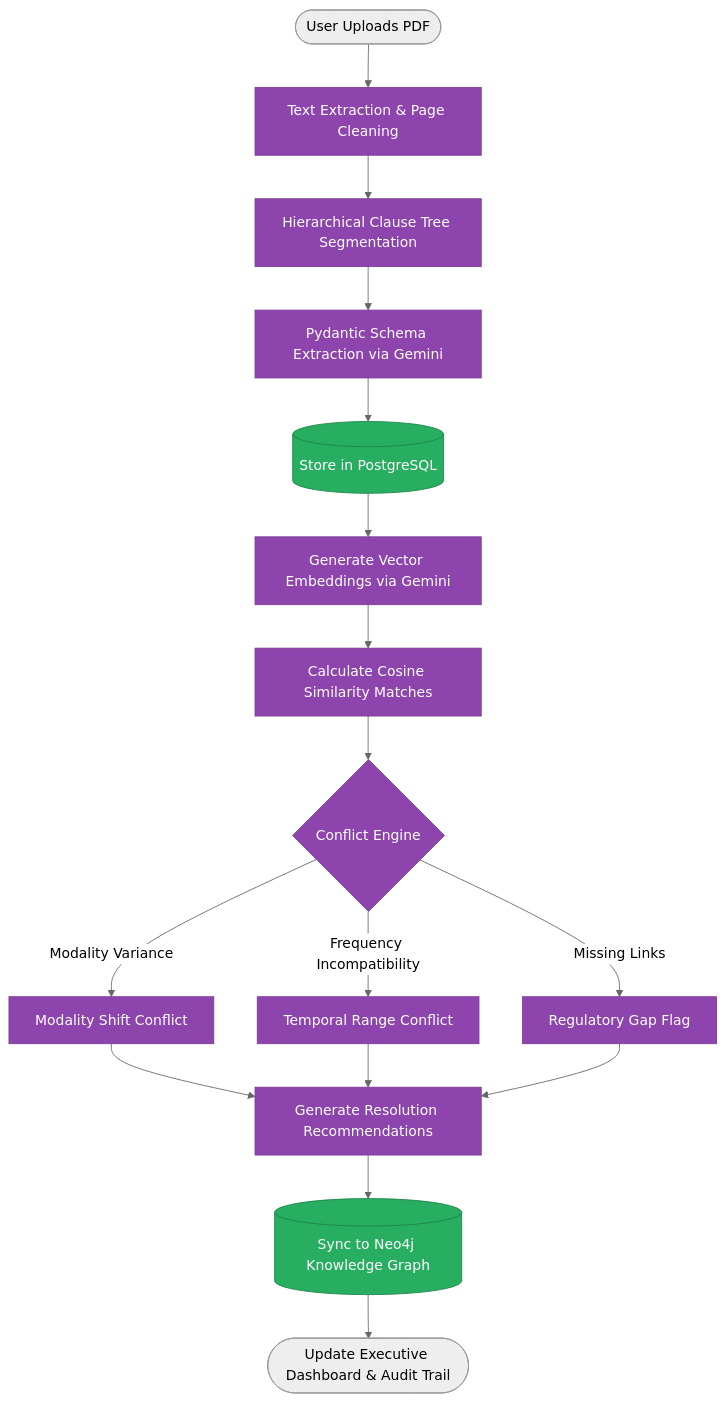
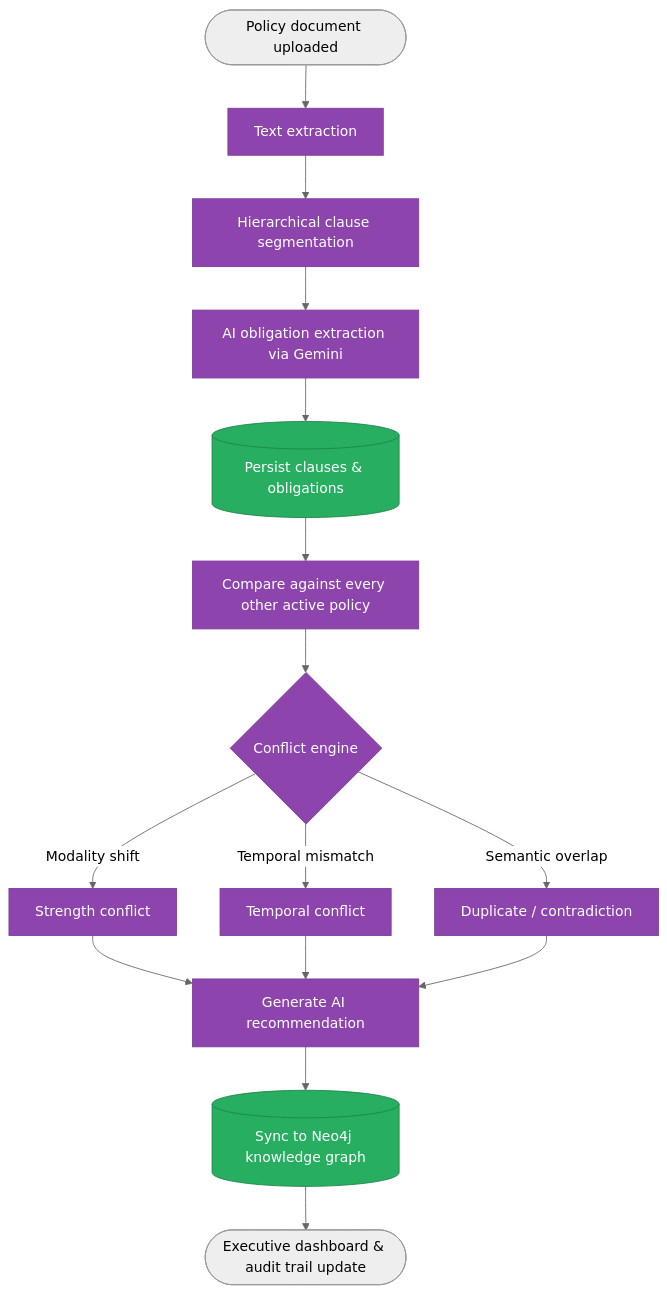
One commit to Sangamithraa077/PolicySentinel changed the second of 3 diagrams in README.md. Above: the diagram before and after it, drawn with Mermaid (neutral theme). The commit also changed other lines of this file and 27 other files, not shown here.

````diff
--- a/README.md
+++ b/README.md
@@ -172,22 +162,18 @@
 ```mermaid
 flowchart TD
     classDef proc fill:#8e44ad,stroke:#7d3c98,color:#fff;
     classDef data fill:#27ae60,stroke:#1e8449,color:#fff;
 
-    A([User Uploads PDF]) --> B[Text Extraction & Page Cleaning]:::proc
-    B --> C[Hierarchical Clause Tree Segmentation]:::proc
-    C --> D[Pydantic Schema Extraction via Gemini]:::proc
-    
-    D --> E[(Store in PostgreSQL)]:::data
-    E --> F[Generate Vector Embeddings via Gemini]:::proc
-    F --> G[Calculate Cosine Similarity Matches]:::proc
-    
-    G --> H{Conflict Engine}:::proc
-    H -->|Modality Variance| I[Modality Shift Conflict]:::proc
-    H -->|Frequency Incompatibility| J[Temporal Range Conflict]:::proc
-    H -->|Missing Links| K[Regulatory Gap Flag]:::proc
-    
-    I & J & K --> L[Generate Resolution Recommendations]:::proc
-    L --> M[(Sync to Neo4j Knowledge Graph)]:::data
-    M --> N([Update Executive Dashboard & Audit Trail])
+    A([Policy document uploaded]) --> B[Text extraction]:::proc
+    B --> C[Hierarchical clause segmentation]:::proc
+    C --> D[AI obligation extraction via Gemini]:::proc
+    D --> E[(Persist clauses & obligations)]:::data
+    E --> F[Compare against every other active policy]:::proc
+    F --> G{Conflict engine}:::proc
+    G -->|Modality shift| H[Strength conflict]:::proc
+    G -->|Temporal mismatch| I[Temporal conflict]:::proc
+    G -->|Semantic overlap| J[Duplicate / contradiction]:::proc
+    H & I & J --> K[Generate AI recommendation]:::proc
+    K --> L[(Sync to Neo4j knowledge graph)]:::data
+    L --> M([Executive dashboard & audit trail update])
 ```
````
